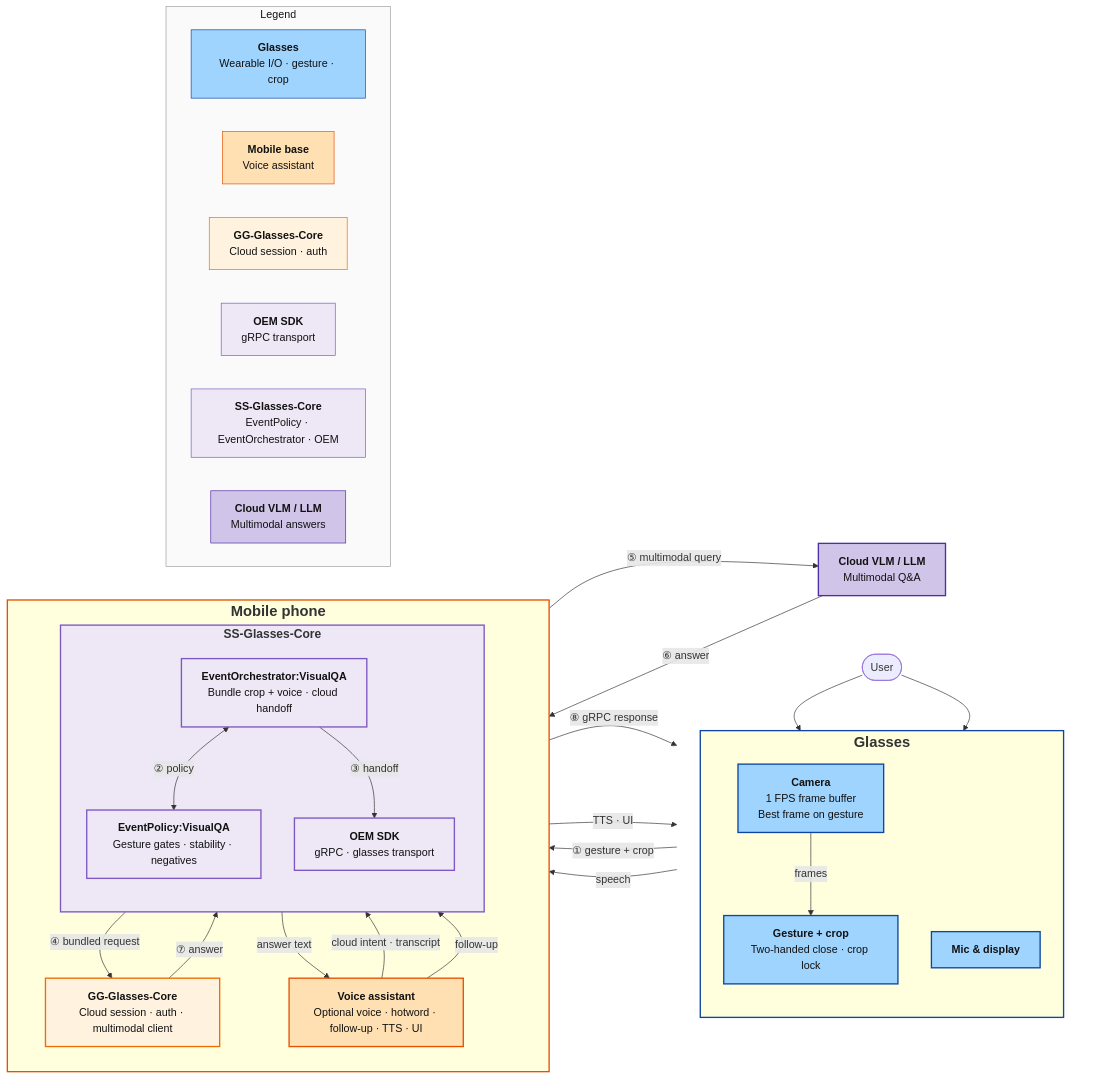
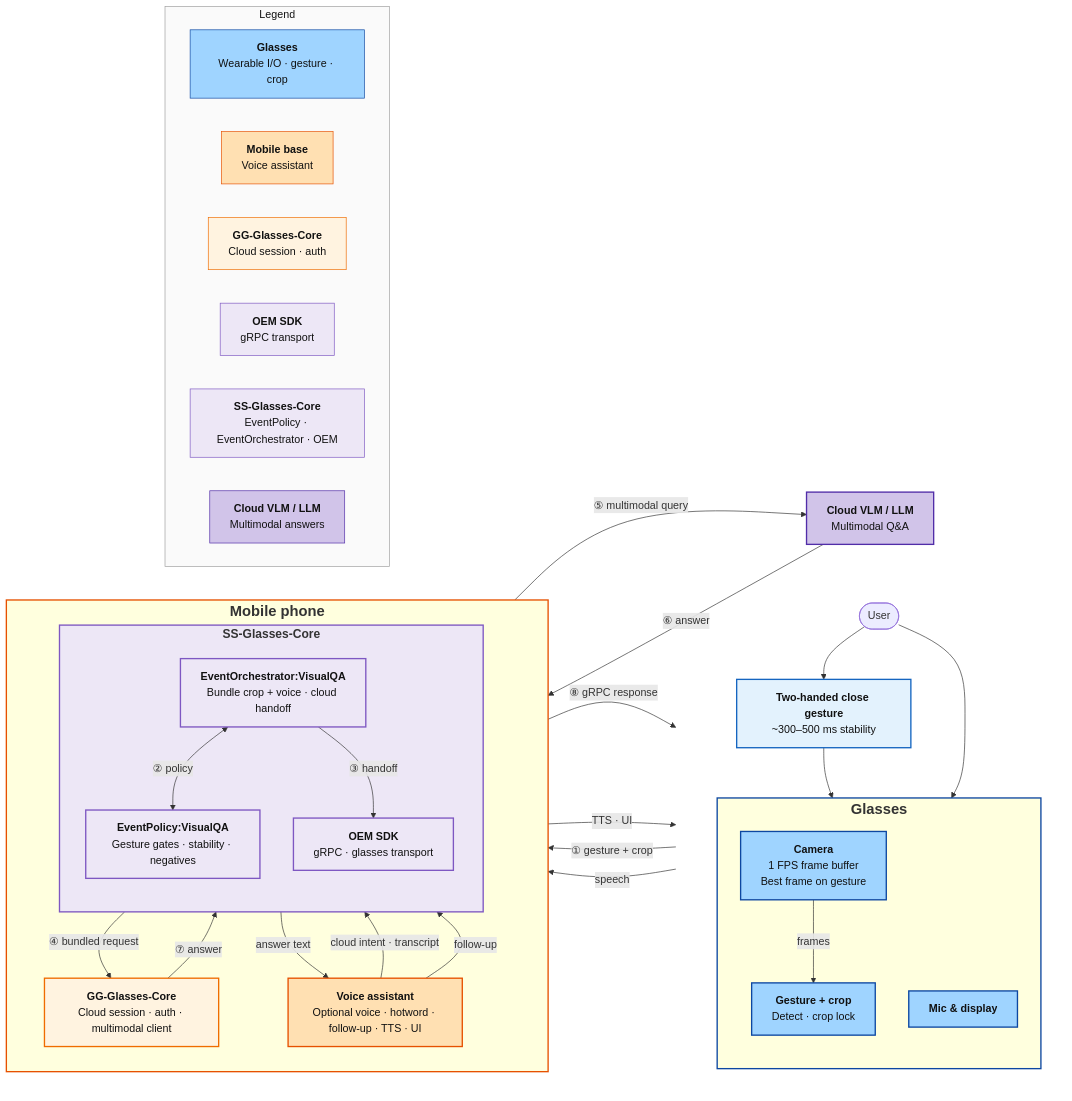
One commit to penkesiva/wer-26 changed the diagram in tmp/idea1_gesture_visual_qa_architecture.mermaid. Above: the diagram before and after it, drawn with Mermaid. The commit also changed 1 other file, not shown here.

Commit message:
docs(idea1): show two-handed gesture node beside User
Separate user gesture from on-glasses crop detection in the architecture diagram.

```diff
--- a/tmp/idea1_gesture_visual_qa_architecture.mermaid
+++ b/tmp/idea1_gesture_visual_qa_architecture.mermaid
@@ -1,96 +1,100 @@
 %% Idea 1 — Gesture-Driven Image Crop for Visual Q&A · mermaid.live
 %% LR columns: Glasses | Mobile (voice assistant inside) — Mic↔VA across column boundary
 %% No on-device VLM on phone: crop on glasses → orchestrator → GG-Glasses-Core ↔ Cloud VLM
 %% <b>…</b> = bold title inside a box
 %%{init: {'flowchart': {'htmlLabels': true}}}%%
 
 flowchart LR
     subgraph GCol[" "]
         direction TB
         User([User])
+        TwoHand["<b>Two-handed close gesture</b><br/>~300–500 ms stability"]
         subgraph Glasses["<b><span style='font-size:22px'>Glasses</span></b>"]
             direction TB
             Cam["<b>Camera</b><br/>1 FPS frame buffer<br/>Best frame on gesture"]
-            GestCrop["<b>Gesture + crop</b><br/>Two-handed close · crop lock"]
+            GestCrop["<b>Gesture + crop</b><br/>Detect · crop lock"]
             Mic["<b>Mic & display</b>"]
         end
     end
 
     subgraph Mobile["<b><span style='font-size:22px'>Mobile phone</span></b>"]
         direction TB
         VA["<b>Voice assistant</b><br/>Optional voice · hotword · follow-up · TTS · UI"]
         subgraph SSGC["<b><span style='font-size:18px'>SS-Glasses-Core</span></b>"]
             direction TB
             PolicyVQ["<b>EventPolicy:VisualQA</b><br/>Gesture gates · stability · negatives"]
             OrchVQ["<b>EventOrchestrator:VisualQA</b><br/>Bundle crop + voice · cloud handoff"]
             OEM["<b>OEM SDK</b><br/>gRPC · glasses transport"]
         end
         GGGC["<b>GG-Glasses-Core</b><br/>Cloud session · auth · multimodal client"]
     end
 
     CloudVLM["<b>Cloud VLM / LLM</b><br/>Multimodal Q&A"]
 
     subgraph Legend["Legend"]
         direction LR
         LgG["<b>Glasses</b><br/>Wearable I/O · gesture · crop"]
         LgM["<b>Mobile base</b><br/>Voice assistant"]
         LgGG["<b>GG-Glasses-Core</b><br/>Cloud session · auth"]
         LgOEM["<b>OEM SDK</b><br/>gRPC transport"]
         LgS["<b>SS-Glasses-Core</b><br/>EventPolicy · EventOrchestrator · OEM"]
         LgC["<b>Cloud VLM / LLM</b><br/>Multimodal answers"]
     end
 
+    User --> TwoHand
+    TwoHand --> GestCrop
     Cam -->|"frames"| GestCrop
-    User --> GestCrop
     GestCrop -->|"① gesture + crop"| OrchVQ
     OrchVQ <-->|"② policy"| PolicyVQ
 
     OrchVQ -->|"③ handoff"| OEM
     OEM -->|"④ bundled request"| GGGC
     GGGC -->|"⑤ multimodal query"| CloudVLM
     CloudVLM -->|"⑥ answer"| GGGC
     GGGC -->|"⑦ answer"| OEM
     OEM -->|"⑧ gRPC response"| Mic
 
     OrchVQ -->|answer text| VA
     VA -->|cloud intent · transcript| OrchVQ
 
     User --> Mic
     Mic -->|speech| VA
     VA -->|TTS · UI| Mic
     VA -->|follow-up| OrchVQ
 
     classDef glasses fill:#9fd4ff,stroke:#0d47a1,color:#111,stroke-width:2px
     classDef mobile fill:#ffe0b2,stroke:#e65100,color:#111,stroke-width:2px
     classDef ggCore fill:#fff3e0,stroke:#ef6c00,color:#111,stroke-width:2px
     classDef oemSdk fill:#ede7f6,stroke:#7e57c2,color:#111,stroke-width:2px
     classDef ssCoreLight fill:#ede7f6,stroke:#7e57c2,color:#111,stroke-width:2px
     classDef cloudVlm fill:#d1c4e9,stroke:#512da8,color:#111,stroke-width:2px
     classDef legendGlasses fill:#9fd4ff,stroke:#0d47a1,color:#111
     classDef legendMobile fill:#ffe0b2,stroke:#e65100,color:#111
     classDef legendGG fill:#fff3e0,stroke:#ef6c00,color:#111
     classDef legendOEM fill:#ede7f6,stroke:#7e57c2,color:#111
     classDef legendSS fill:#ede7f6,stroke:#7e57c2,color:#111
     classDef legendCloud fill:#d1c4e9,stroke:#512da8,color:#111
     classDef legendFrame fill:#fafafa,stroke:#9e9e9e,color:#111
     classDef colHidden fill:none,stroke:none,color:#111
+    classDef userGesture fill:#e3f2fd,stroke:#1565c0,color:#111,stroke-width:2px
 
     style SSGC fill:#ede7f6,stroke:#7e57c2,stroke-width:2px
     style GCol fill:none,stroke:none
     style Glasses stroke:#0d47a1,stroke-width:2px
     style Mobile stroke:#e65100,stroke-width:2px
 
+    class TwoHand userGesture
     class Cam,Mic,GestCrop glasses
     class VA mobile
     class GGGC ggCore
     class OEM oemSdk
     class PolicyVQ,OrchVQ ssCoreLight
     class CloudVLM cloudVlm
     class GCol colHidden
     class Legend legendFrame
     class LgG legendGlasses
     class LgM legendMobile
     class LgGG legendGG
     class LgOEM legendOEM
     class LgS legendSS
     class LgC legendCloud
```
